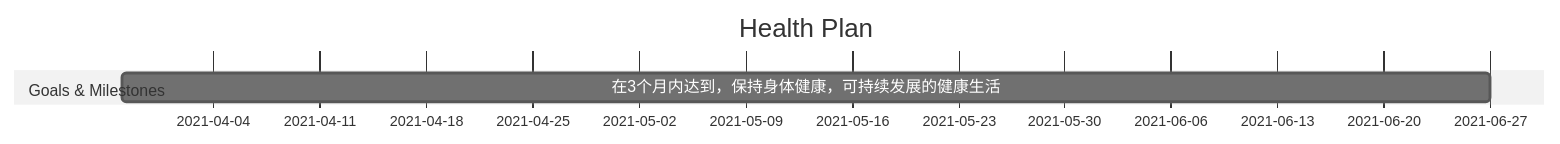
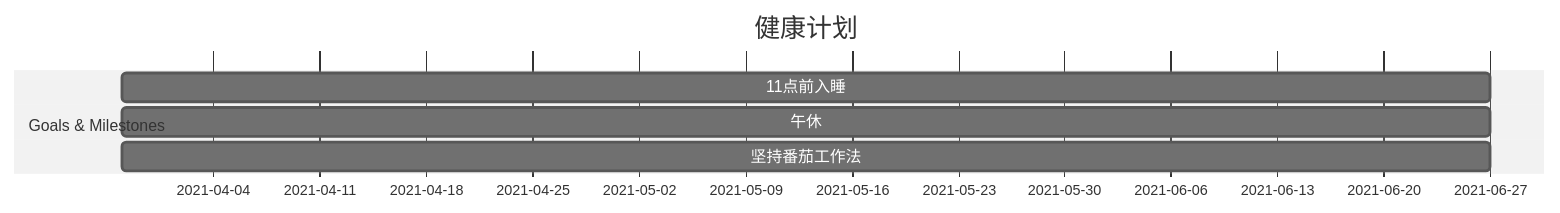
The diagram in _posts/health/2018-10-01-health-plan.md (goooooouwa/writings), drawn with Mermaid (neutral theme) before and after one commit. The commit also changed other lines of this file, not shown here.

Commit message:
update health plan

```diff
--- a/_posts/health/2018-10-01-health-plan.md
+++ b/_posts/health/2018-10-01-health-plan.md
@@ -11,8 +11,10 @@
 <div class="mermaid">
     gantt
-    title Health Plan
+    title 健康计划
     dateFormat  YYYY-MM-DD
 
     section Goals & Milestones
-    在3个月内达到，保持身体健康，可持续发展的健康生活 :2021-03-29, 90d
+    11点前入睡 :2021-03-29, 90d
+    午休 :2021-03-29, 90d
+    坚持番茄工作法 :2021-03-29, 90d
 </div>
```
